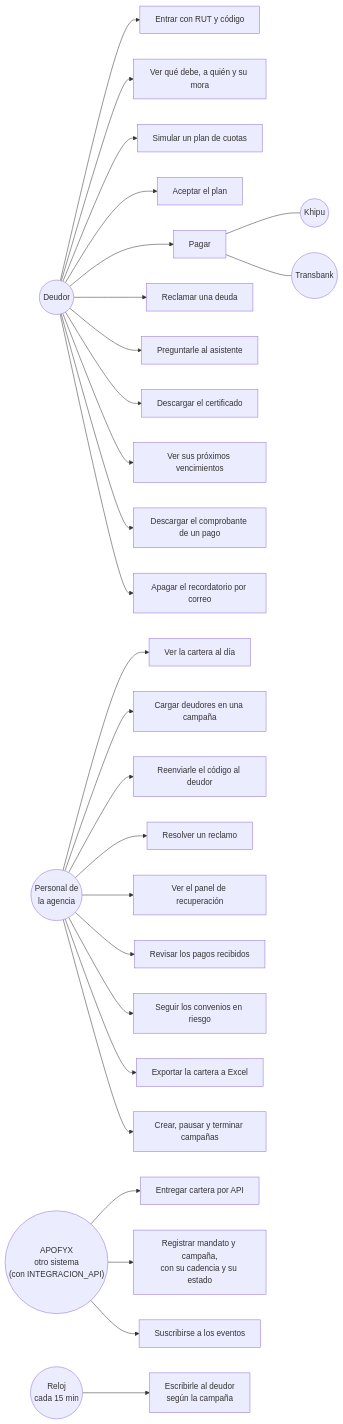
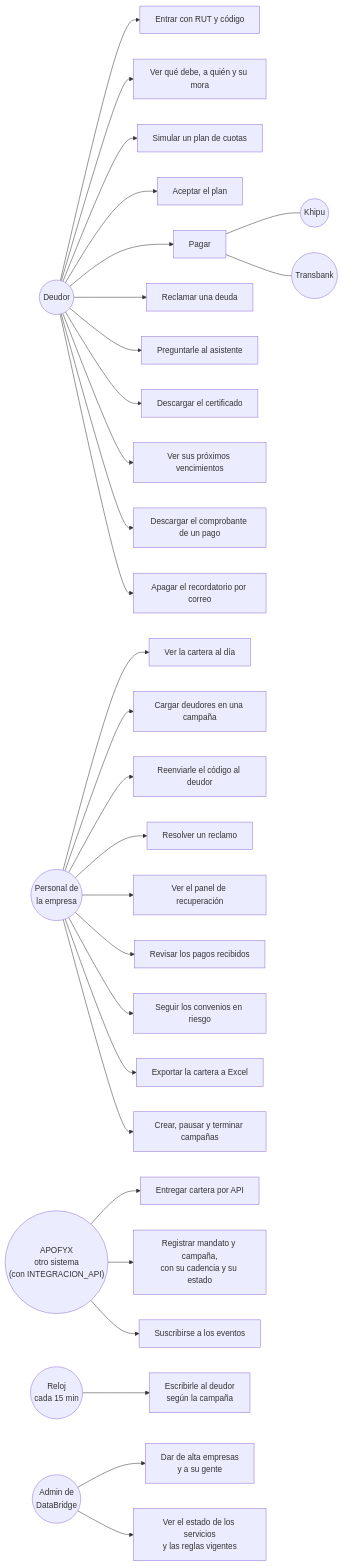
The seventh of 17 diagrams in README.md (TechnicalBridge/DataBridge), drawn with Mermaid before and after one commit. The commit also changed other lines of this file, not shown here.

````diff
--- a/README.md
+++ b/README.md
@@ -1081,39 +1478,43 @@
 ```mermaid
 flowchart LR
     DEU(("Deudor"))
-    EMP(("Personal de<br/>la agencia"))
+    EMP(("Personal de<br/>la empresa"))
     SIS(("APOFYX<br/>otro sistema<br/>(con INTEGRACION_API)"))
     KHP(("Khipu"))
     TBK(("Transbank"))
     REL(("Reloj<br/>cada 15 min"))
+    ADM(("Admin de<br/>DataBridge"))
 
     DEU --> U1["Entrar con RUT y código"]
     DEU --> U2["Ver qué debe, a quién y su mora"]
     DEU --> U3["Simular un plan de cuotas"]
     DEU --> U4["Aceptar el plan"]
     DEU --> U5["Pagar"]
     DEU --> U22["Reclamar una deuda"]
     DEU --> U6["Preguntarle al asistente"]
     DEU --> U7["Descargar el certificado"]
     DEU --> U15["Ver sus próximos vencimientos"]
     DEU --> U16["Descargar el comprobante de un pago"]
     DEU --> U17["Apagar el recordatorio por correo"]
     U5 --- KHP
     U5 --- TBK
 
     EMP --> U8["Ver la cartera al día"]
     EMP --> U9["Cargar deudores en una campaña"]
     EMP --> U10["Reenviarle el código al deudor"]
     EMP --> U23["Resolver un reclamo"]
     EMP --> U11["Ver el panel de recuperación"]
     EMP --> U18["Revisar los pagos recibidos"]
     EMP --> U19["Seguir los convenios en riesgo"]
     EMP --> U20["Exportar la cartera a Excel"]
     EMP --> U25["Crear, pausar y terminar campañas"]
 
     SIS --> U12["Entregar cartera por API"]
     SIS --> U13["Registrar mandato y campaña,<br/>con su cadencia y su estado"]
     SIS --> U14["Suscribirse a los eventos"]
 
     REL --> U24["Escribirle al deudor<br/>según la campaña"]
+
+    ADM --> U26["Dar de alta empresas<br/>y a su gente"]
+    ADM --> U27["Ver el estado de los servicios<br/>y las reglas vigentes"]
 ```
````
